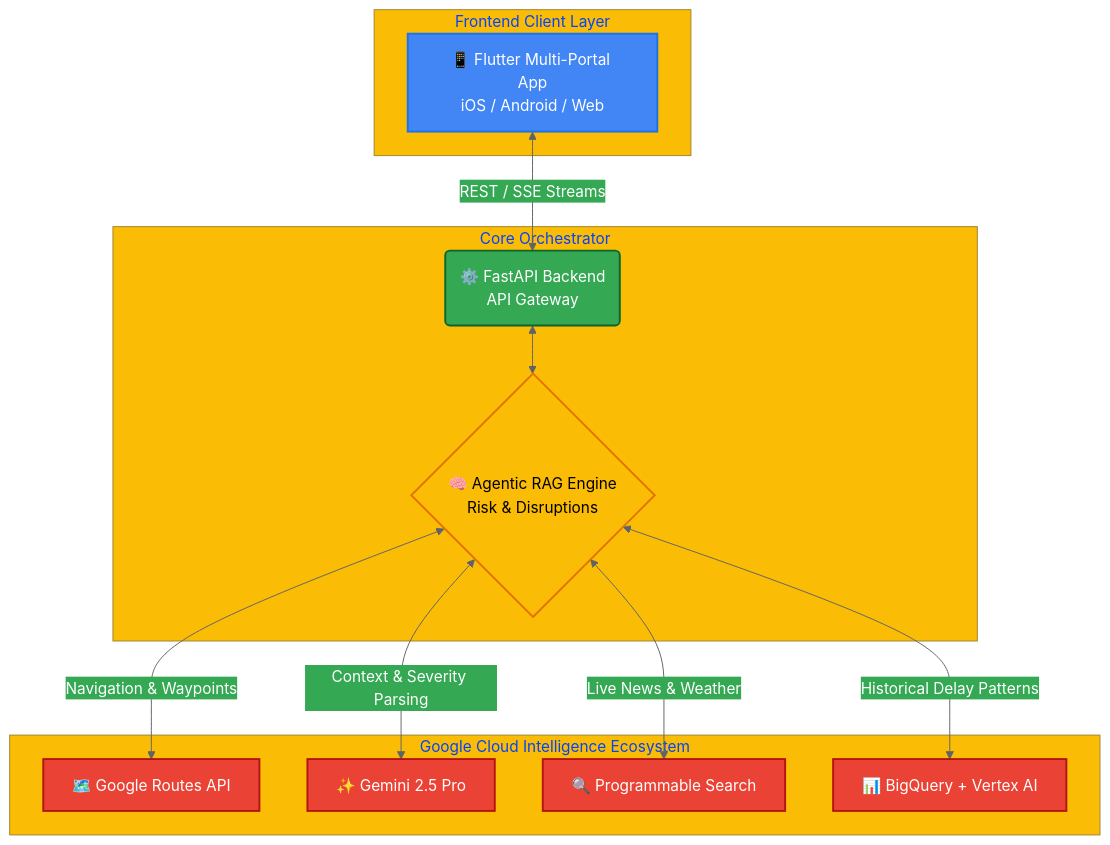
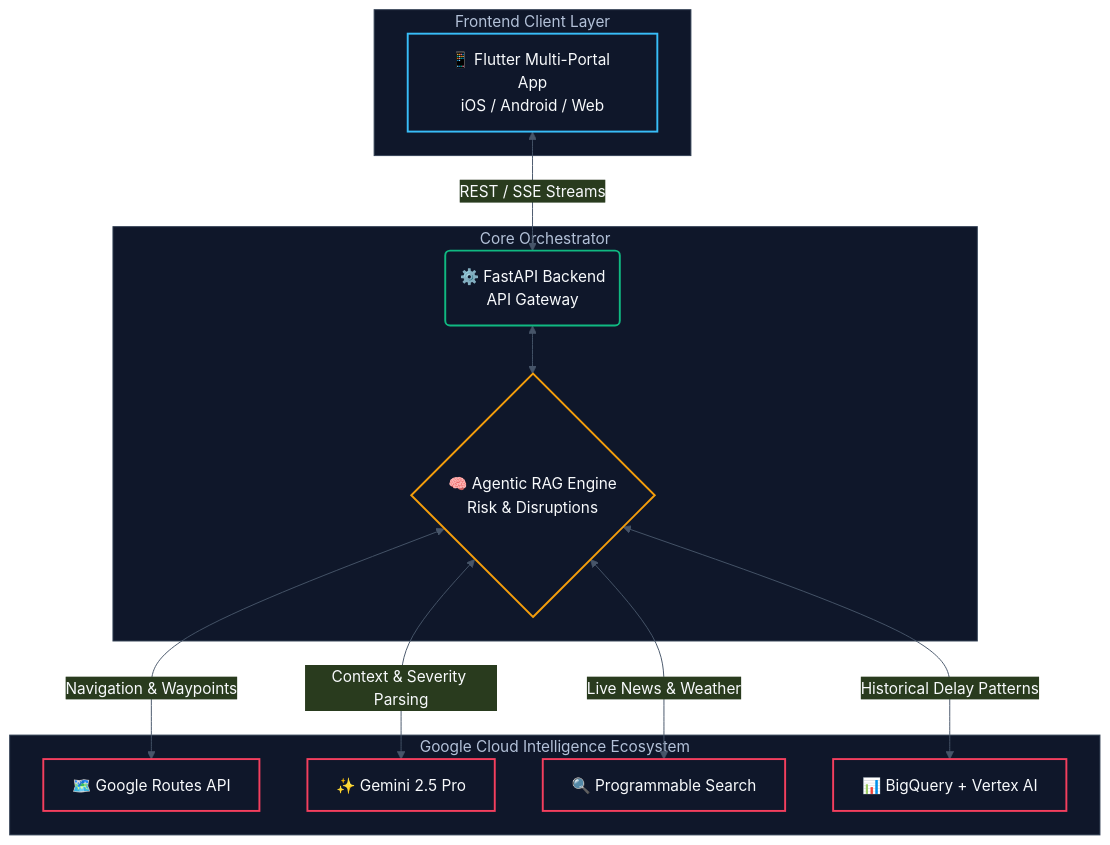
The first of 4 diagrams in readme.md (TechNoSena/Garuda), drawn with Mermaid before and after one commit. The commit also changed other lines of this file, not shown here.

````diff
--- a/readme.md
+++ b/readme.md
@@ -66,34 +66,36 @@
 ```mermaid
-%%{init: {"theme": "base", "themeVariables": {"primaryColor": "#4285F4", "primaryTextColor": "#FFFFFF", "primaryBorderColor": "#1A73E8", "lineColor": "#5F6368", "secondaryColor": "#34A853", "tertiaryColor": "#FBBC05", "fontFamily": "Roboto"}}}%%
+%%{init: {"theme": "base", "themeVariables": {"primaryColor": "#1E293B", "primaryTextColor": "#F8FAFC", "primaryBorderColor": "#334155", "lineColor": "#475569", "clusterBkg": "#0F172A", "clusterBorder": "#334155"}}}%%
 graph TD
+    classDef default fill:#1E293B,stroke:#334155,stroke-width:1px,color:#F8FAFC;
+
     subgraph Frontend Client Layer
         A[📱 Flutter Multi-Portal App<br>iOS / Android / Web]
     end
 
     subgraph Core Orchestrator
         B(⚙️ FastAPI Backend<br>API Gateway)
         C{🧠 Agentic RAG Engine<br>Risk & Disruptions}
     end
 
     subgraph Google Cloud Intelligence Ecosystem
         D[🗺️ Google Routes API]
         E[✨ Gemini 2.5 Pro]
         F[🔍 Programmable Search]
         G[📊 BigQuery + Vertex AI]
     end
 
     A <-->|REST / SSE Streams| B
     B <--> C
     C <-->|Navigation & Waypoints| D
     C <-->|Context & Severity Parsing| E
     C <-->|Live News & Weather| F
     C <-->|Historical Delay Patterns| G
 
-    style A fill:#4285F4,stroke:#1A73E8,stroke-width:2px,color:#FFF
-    style B fill:#34A853,stroke:#0D652D,stroke-width:2px,color:#FFF
-    style C fill:#FBBC05,stroke:#E37400,stroke-width:2px,color:#000
-    style D fill:#EA4335,stroke:#B31412,stroke-width:2px,color:#FFF
-    style E fill:#EA4335,stroke:#B31412,stroke-width:2px,color:#FFF
-    style F fill:#EA4335,stroke:#B31412,stroke-width:2px,color:#FFF
-    style G fill:#EA4335,stroke:#B31412,stroke-width:2px,color:#FFF
+    style A fill:#0F172A,stroke:#38BDF8,stroke-width:2px,color:#F8FAFC
+    style B fill:#0F172A,stroke:#10B981,stroke-width:2px,color:#F8FAFC
+    style C fill:#0F172A,stroke:#F59E0B,stroke-width:2px,color:#F8FAFC
+    style D fill:#0F172A,stroke:#F43F5E,stroke-width:2px,color:#F8FAFC
+    style E fill:#0F172A,stroke:#F43F5E,stroke-width:2px,color:#F8FAFC
+    style F fill:#0F172A,stroke:#F43F5E,stroke-width:2px,color:#F8FAFC
+    style G fill:#0F172A,stroke:#F43F5E,stroke-width:2px,color:#F8FAFC
 ```
````
